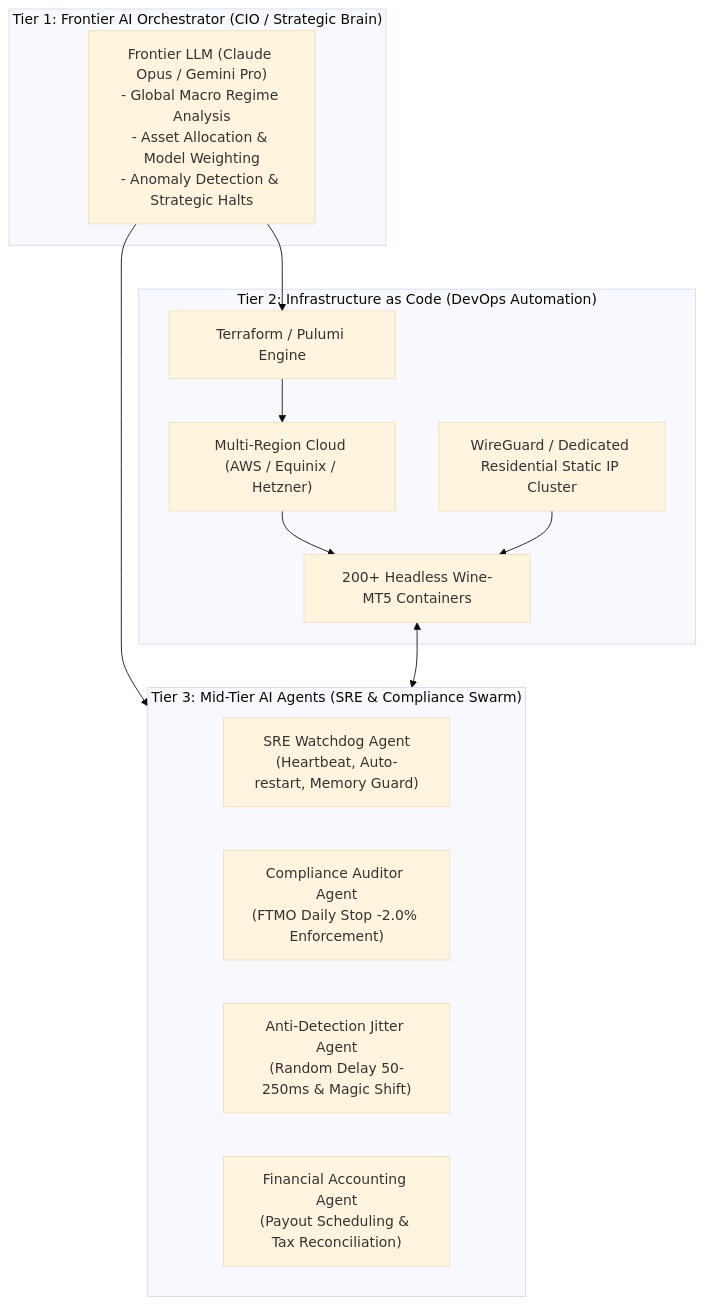
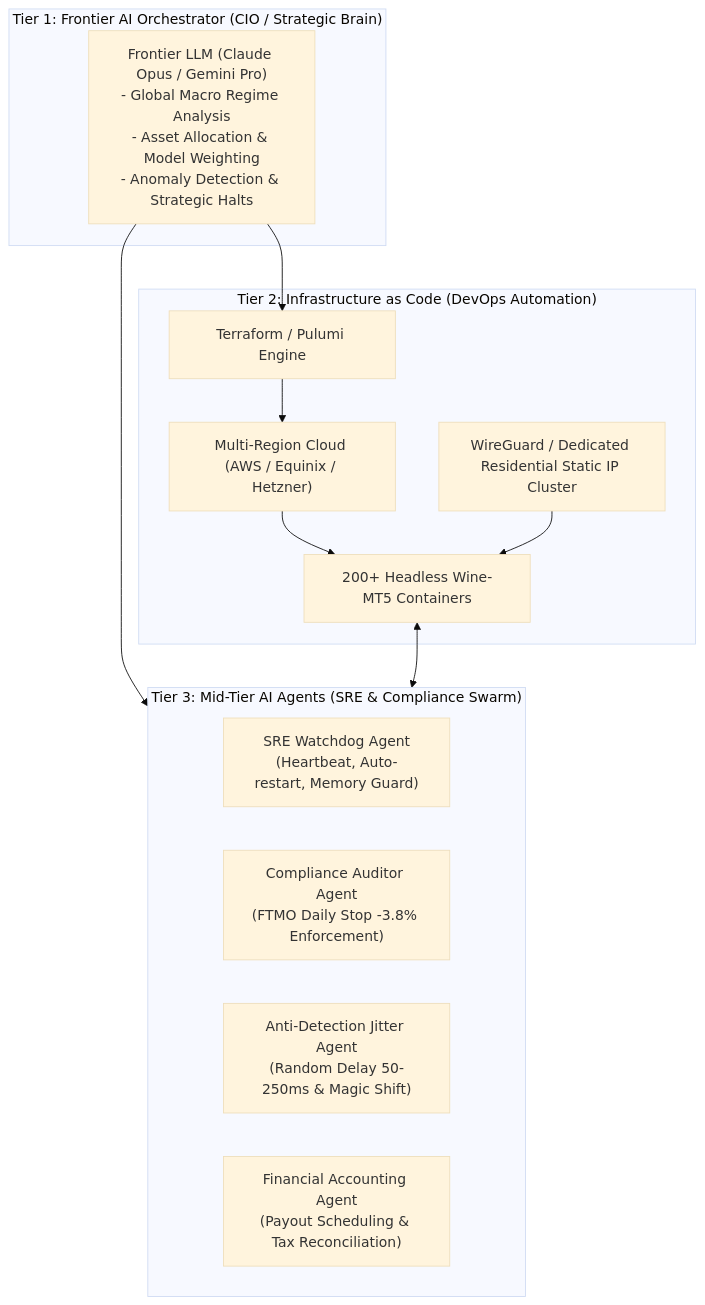
Before and after one commit to ugritchaichana/gold-quant-breakout-lab: the second of 2 diagrams in MASTER_ROADMAP_AND_GOAL.md, drawn with Mermaid (base theme). The commit also changed other lines of this file and 1 other file, not shown here.

Commit message:
docs: finalize master roadmap and complete session handoff prompt

````diff
--- a/MASTER_ROADMAP_AND_GOAL.md
+++ b/MASTER_ROADMAP_AND_GOAL.md
@@ -99,27 +99,27 @@
 ```mermaid
 flowchart TD
     subgraph FrontierTier["Tier 1: Frontier AI Orchestrator (CIO / Strategic Brain)"]
         Brain["Frontier LLM (Claude Opus / Gemini Pro)<br/>- Global Macro Regime Analysis<br/>- Asset Allocation & Model Weighting<br/>- Anomaly Detection & Strategic Halts"]
     end
 
     subgraph IaCTier["Tier 2: Infrastructure as Code (DevOps Automation)"]
         Terraform["Terraform / Pulumi Engine"]
         Cloud["Multi-Region Cloud (AWS / Equinix / Hetzner)"]
         Docker["200+ Headless Wine-MT5 Containers"]
         Proxy["WireGuard / Dedicated Residential Static IP Cluster"]
         
         Terraform --> Cloud --> Docker
         Proxy --> Docker
     end
 
     subgraph MidTierSwarm["Tier 3: Mid-Tier AI Agents (SRE & Compliance Swarm)"]
         AgentA["SRE Watchdog Agent<br/>(Heartbeat, Auto-restart, Memory Guard)"]
-        AgentB["Compliance Auditor Agent<br/>(FTMO Daily Stop -2.0% Enforcement)"]
+        AgentB["Compliance Auditor Agent<br/>(FTMO Daily Stop -3.8% Enforcement)"]
         AgentC["Anti-Detection Jitter Agent<br/>(Random Delay 50-250ms & Magic Shift)"]
         AgentD["Financial Accounting Agent<br/>(Payout Scheduling & Tax Reconciliation)"]
     end
 
     Brain --> Terraform
     Brain --> MidTierSwarm
     Docker <--> MidTierSwarm
 ```
````
